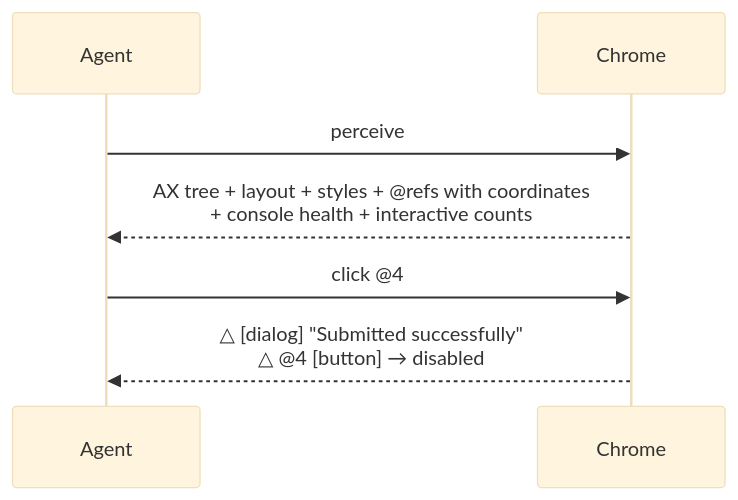
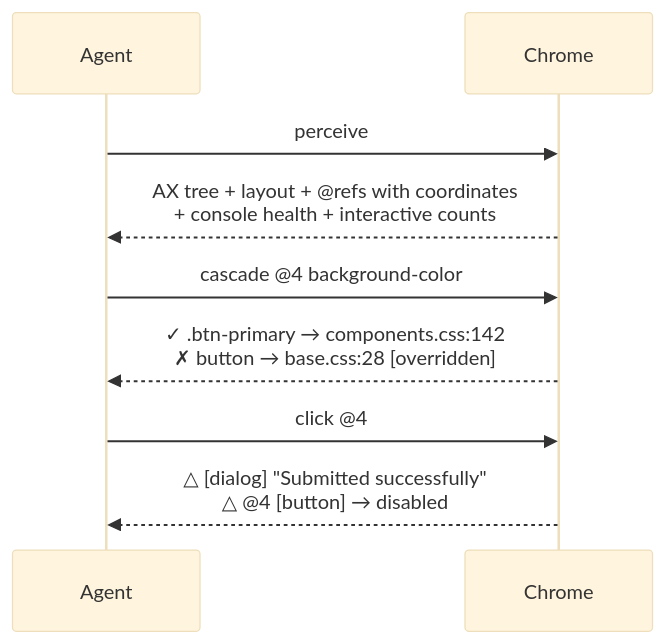
One commit to EndeavorYen/chrome-cdp-skill changed the first of 3 diagrams in README.md. Above: the diagram before and after it, drawn with Mermaid (base theme). The commit also changed other lines of this file and 5 other files, not shown here.

````diff
--- a/README.md
+++ b/README.md
@@ -79,11 +108,14 @@
 ```mermaid
 sequenceDiagram
     participant Agent
     participant Chrome
 
     Agent->>Chrome: perceive
-    Chrome-->>Agent: AX tree + layout + styles + @refs with coordinates<br/>+ console health + interactive counts
+    Chrome-->>Agent: AX tree + layout + @refs with coordinates<br/>+ console health + interactive counts
+
+    Agent->>Chrome: cascade @4 background-color
+    Chrome-->>Agent: ✓ .btn-primary → components.css:142<br/>✗ button → base.css:28 [overridden]
 
     Agent->>Chrome: click @4
     Chrome-->>Agent: △ [dialog] "Submitted successfully"<br/>△ @4 [button] → disabled
 ```
````
